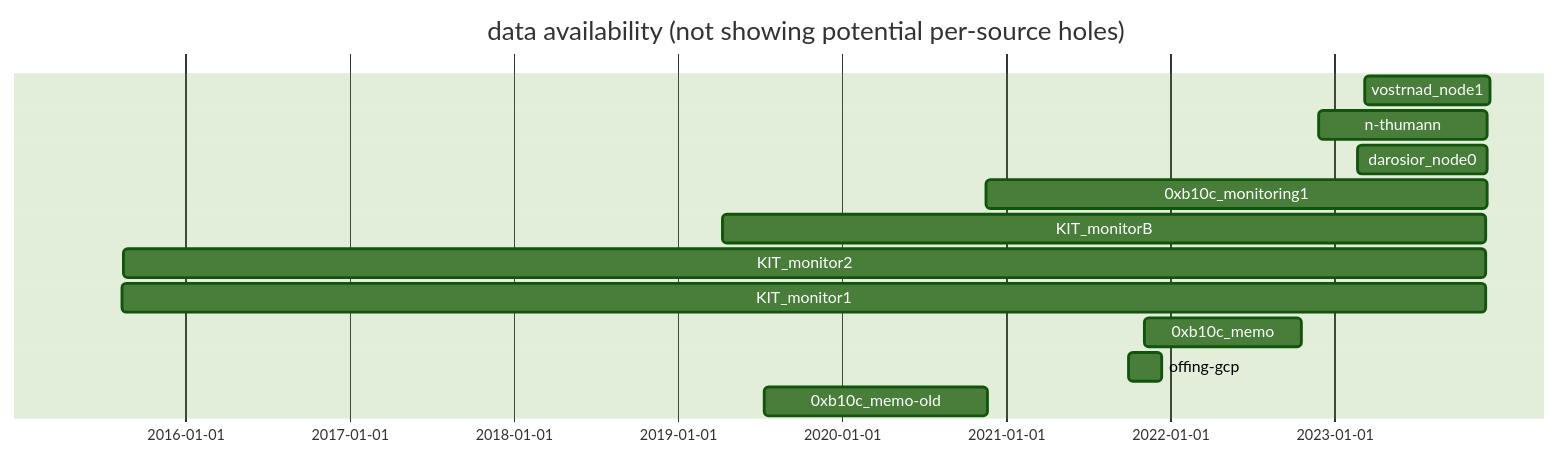
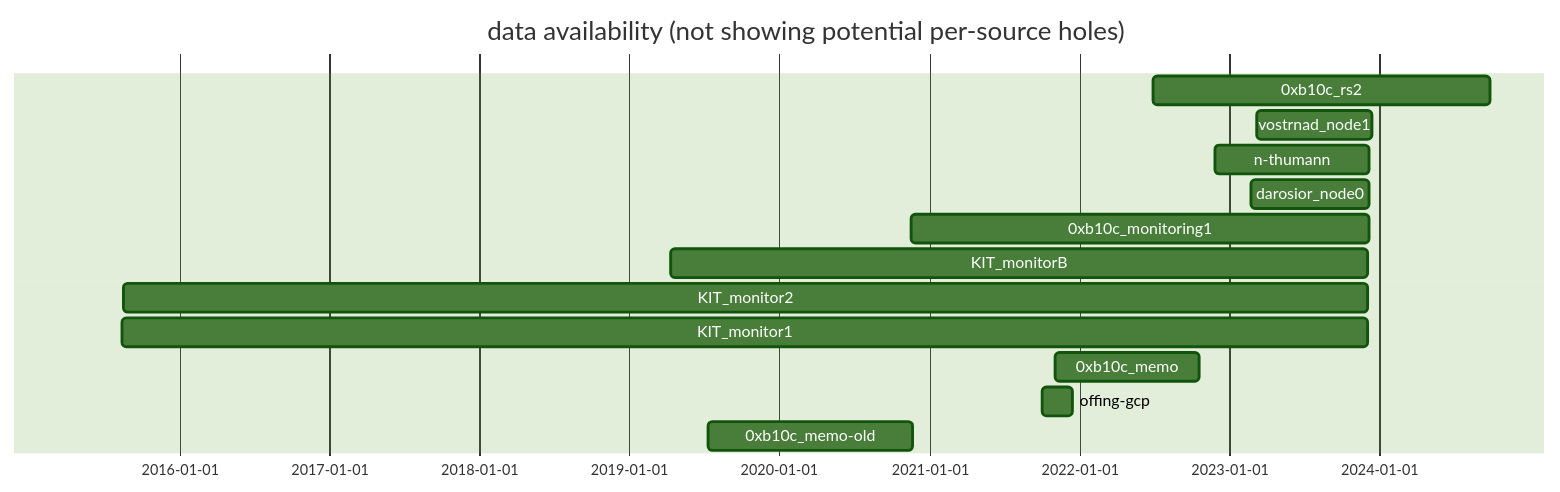
Before and after one commit to bitcoin-data/block-arrival-times: the diagram in README.md, drawn with Mermaid (forest theme). The commit also changed 2 other files, not shown here.

````diff
--- a/README.md
+++ b/README.md
@@ -51,18 +51,19 @@
 ```mermaid
 gantt
 dateFormat x
 title data availability (not showing potential per-source holes)
 todayMarker off
 
+0xb10c_rs2: 1656356008000, 1727433209000
 vostrnad_node1: 1678416045000, 1702535282000
 n-thumann: 1669583939000, 1702072477000
 darosior_node0: 1676970378000, 1702022714000
 0xb10c_monitoring1: 1605513978094, 1701968604513
 KIT_monitorB: 1554813325167, 1701803016066
 KIT_monitor2: 1439645276225, 1701798709781
 KIT_monitor1: 1439476817617, 1701797554640
 0xb10c_memo: 1635945250000, 1666268995000
 offing-gcp: 1633117022000, 1639414560000
 0xb10c_memo-old: 1562848974000, 1605772694000
 
 ```
````
